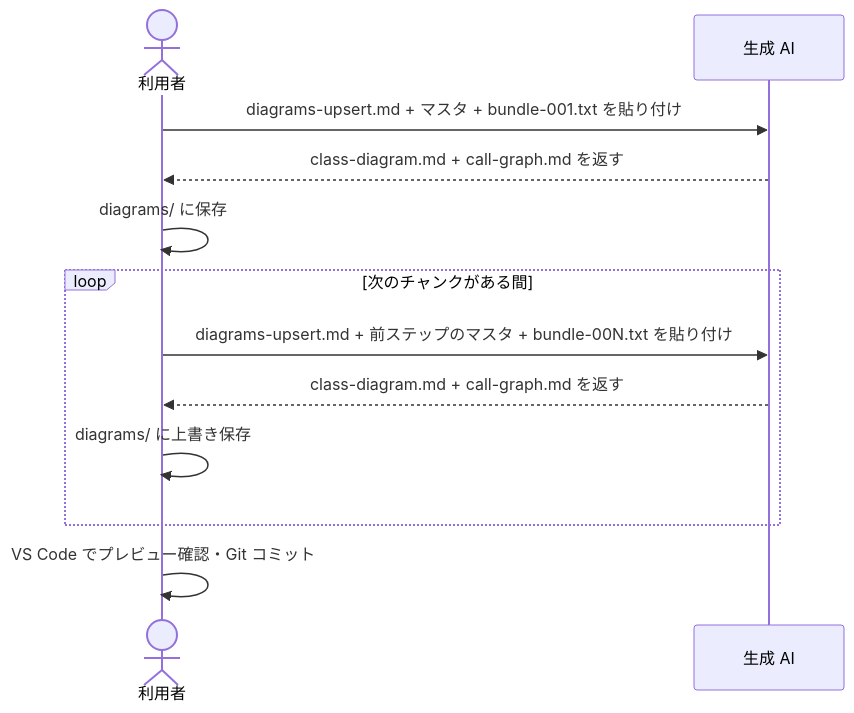
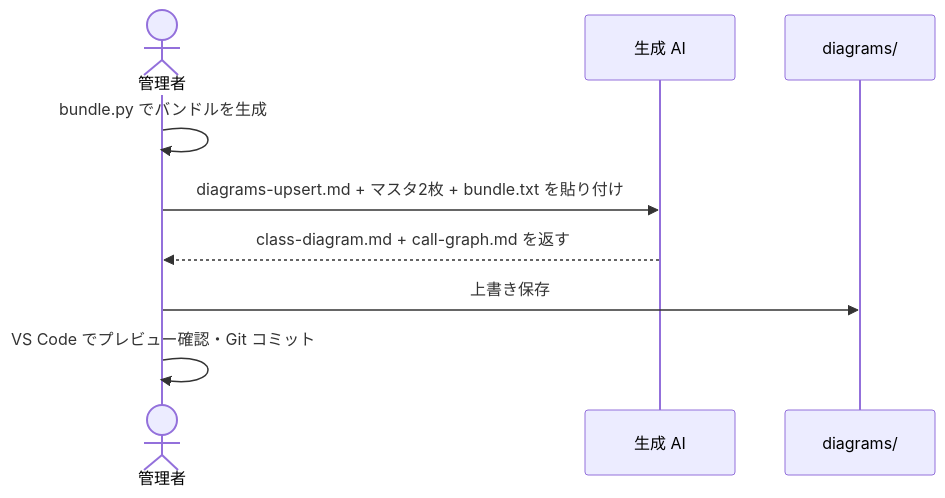
One commit to yasuhiro112358/ai-agent-toolkit changed the diagram in prompts/diagram-keeper/docs/how-to/update-diagrams.md. Above: the diagram before and after it, drawn with Mermaid. The commit also changed other lines of this file and 6 other files, not shown here.

First line of the commit message:
docs(diagram-keeper): split update-diagrams and deduplicate content

````diff
--- a/prompts/diagram-keeper/docs/how-to/update-diagrams.md
+++ b/prompts/diagram-keeper/docs/how-to/update-diagrams.md
@@ -11,17 +11,12 @@
 ```mermaid
 sequenceDiagram
-    actor 利用者
+    actor 管理者
     participant AI as 生成 AI
+    participant Repo as diagrams/
 
-    利用者->>AI: diagrams-upsert.md + マスタ + bundle-001.txt を貼り付け
-    AI-->>利用者: class-diagram.md + call-graph.md を返す
-    利用者->>利用者: diagrams/ に保存
-
-    loop 次のチャンクがある間
-        利用者->>AI: diagrams-upsert.md + 前ステップのマスタ + bundle-00N.txt を貼り付け
-        AI-->>利用者: class-diagram.md + call-graph.md を返す
-        利用者->>利用者: diagrams/ に上書き保存
-    end
-
-    利用者->>利用者: VS Code でプレビュー確認・Git コミット
+    管理者->>管理者: bundle.py でバンドルを生成
+    管理者->>AI: diagrams-upsert.md + マスタ2枚 + bundle.txt を貼り付け
+    AI-->>管理者: class-diagram.md + call-graph.md を返す
+    管理者->>Repo: 上書き保存
+    管理者->>管理者: VS Code でプレビュー確認・Git コミット
 ```
````
